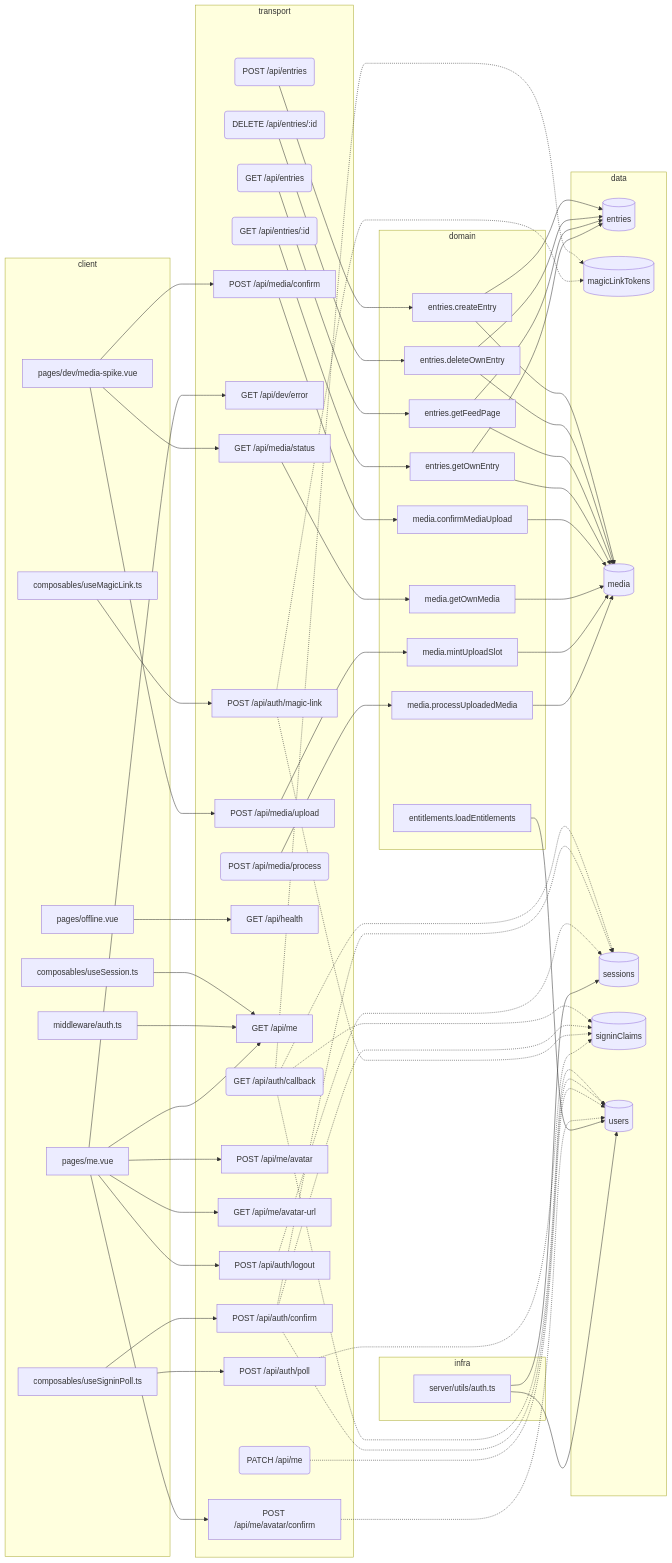
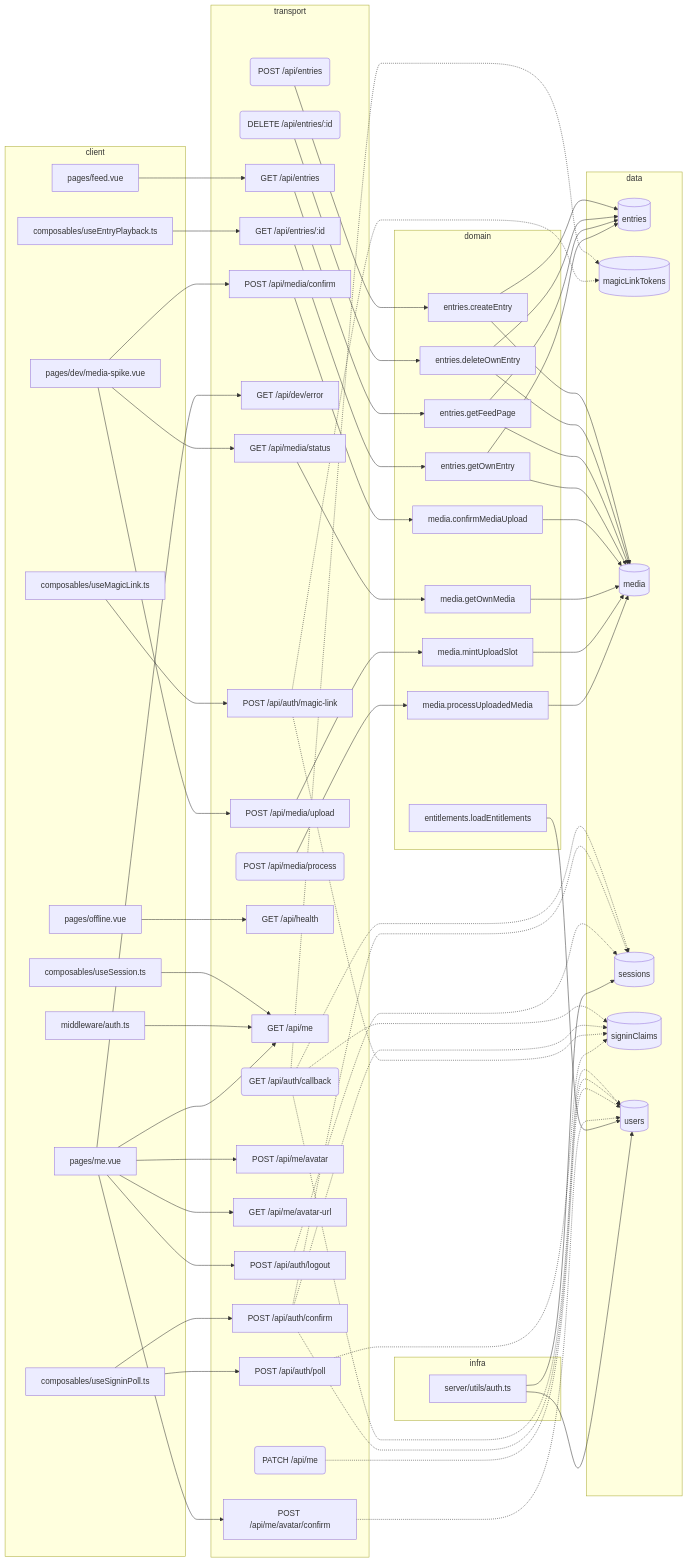
The diagram in docs/capability-graph.md (mykhaliuk/vocabularies), drawn with Mermaid before and after one commit. The commit also changed other lines of this file and 4 other files, not shown here.

````diff
--- a/docs/capability-graph.md
+++ b/docs/capability-graph.md
@@ -127,11 +129,13 @@
 ```mermaid
 flowchart LR
   subgraph client
+    c_composables_useEntryPlayback_ts["composables/useEntryPlayback.ts"]
     c_composables_useMagicLink_ts["composables/useMagicLink.ts"]
     c_composables_useSession_ts["composables/useSession.ts"]
     c_composables_useSigninPoll_ts["composables/useSigninPoll.ts"]
     c_middleware_auth_ts["middleware/auth.ts"]
     c_pages_dev_media_spike_vue["pages/dev/media-spike.vue"]
+    c_pages_feed_vue["pages/feed.vue"]
     c_pages_me_vue["pages/me.vue"]
     c_pages_offline_vue["pages/offline.vue"]
   end
@@ -142,10 +146,10 @@
     r_POST__api_auth_magic_link["POST /api/auth/magic-link"]
     r_POST__api_auth_poll["POST /api/auth/poll"]
     r_GET__api_dev_error["GET /api/dev/error"]
-    r_GET__api_entries("GET /api/entries")
+    r_GET__api_entries["GET /api/entries"]
     r_POST__api_entries("POST /api/entries")
     r_DELETE__api_entries__id("DELETE /api/entries/:id")
-    r_GET__api_entries__id("GET /api/entries/:id")
+    r_GET__api_entries__id["GET /api/entries/:id"]
     r_GET__api_health["GET /api/health"]
     r_GET__api_me["GET /api/me"]
     r_PATCH__api_me("PATCH /api/me")
@@ -195,9 +199,11 @@
   c_composables_useSigninPoll_ts --> r_POST__api_auth_poll
   r_POST__api_auth_poll -.-> e_signinClaims
   c_pages_me_vue --> r_GET__api_dev_error
+  c_pages_feed_vue --> r_GET__api_entries
   r_GET__api_entries --> o_entries_getFeedPage
   r_POST__api_entries --> o_entries_createEntry
   r_DELETE__api_entries__id --> o_entries_deleteOwnEntry
+  c_composables_useEntryPlayback_ts --> r_GET__api_entries__id
   r_GET__api_entries__id --> o_entries_getOwnEntry
   c_pages_offline_vue --> r_GET__api_health
   c_composables_useSession_ts --> r_GET__api_me
````
